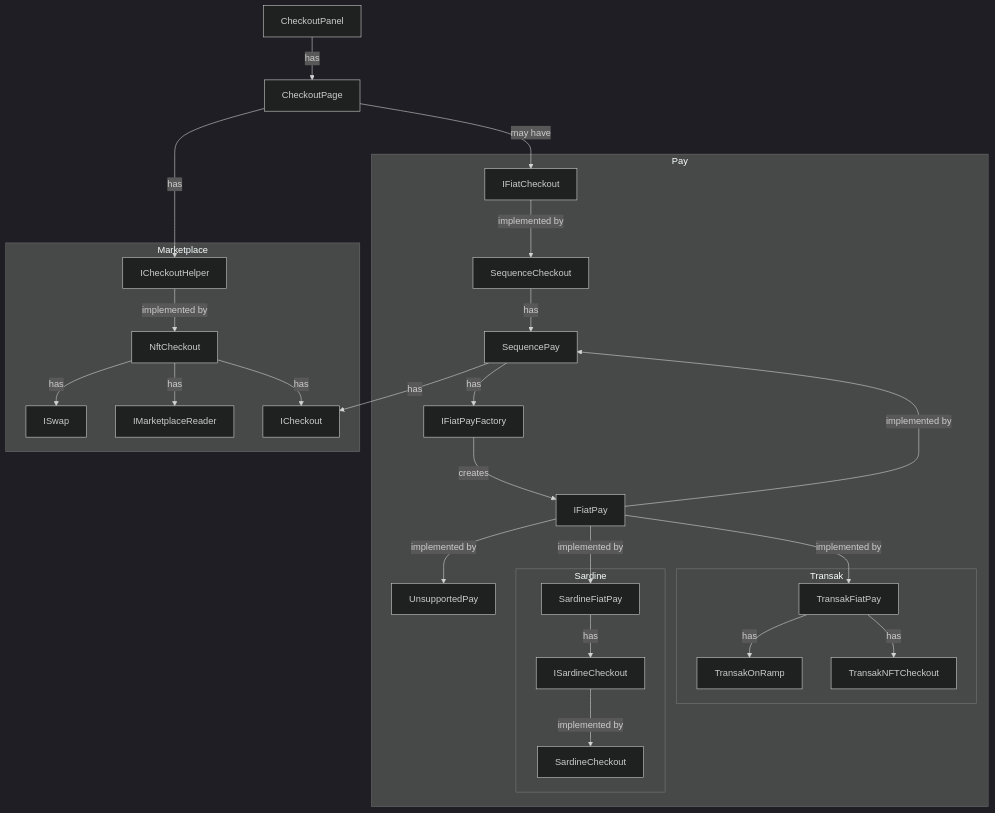
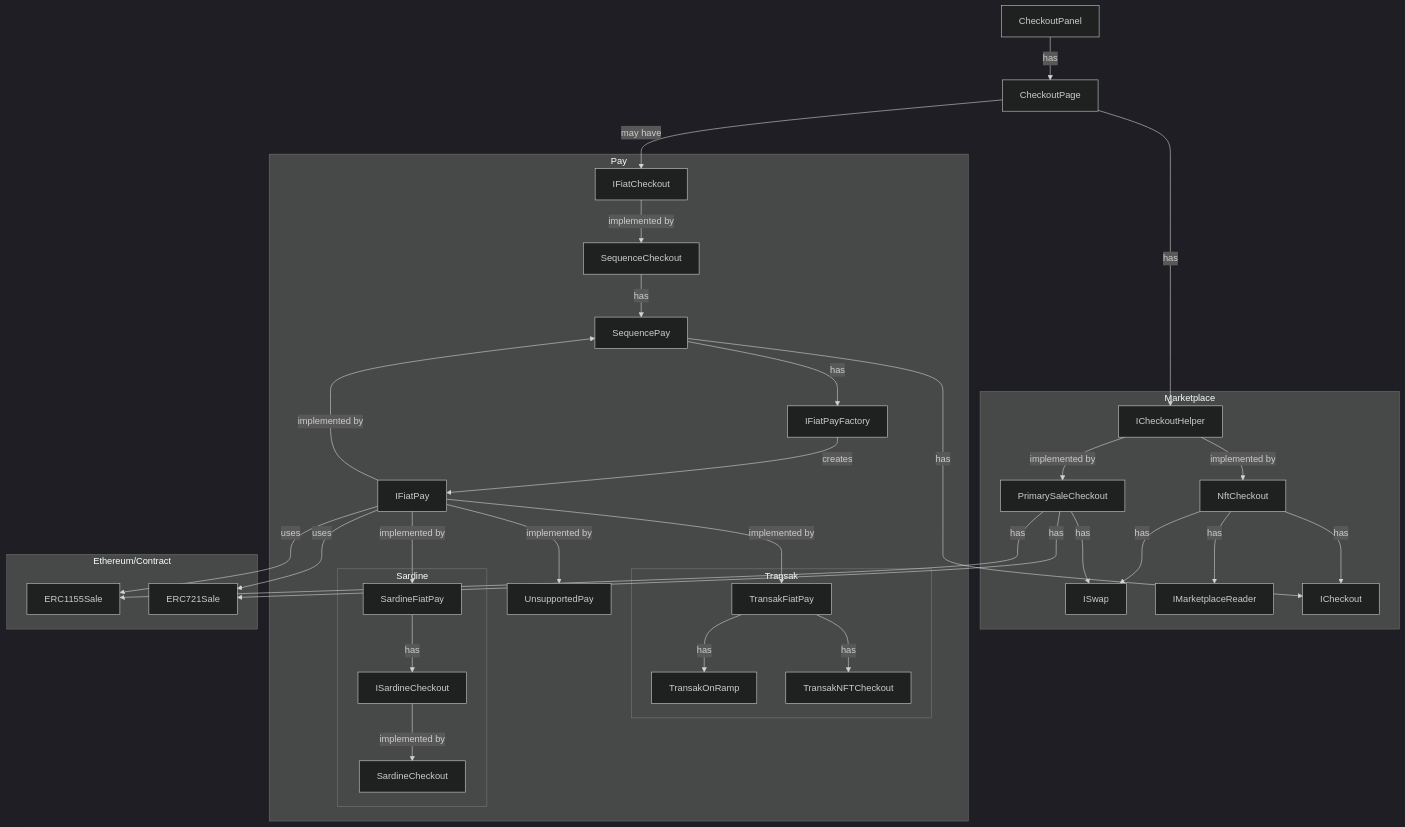
The diagram in Packages/Sequence-Unity/Sequence/SequenceSDK/Marketplace/ERG_CheckoutModal.mmd (0xsequence/sequence-unity), drawn with Mermaid (dark theme) before and after one commit.

Commit message:
Modify class diagram

```diff
--- a/Packages/Sequence-Unity/Sequence/SequenceSDK/Marketplace/ERG_CheckoutModal.mmd
+++ b/Packages/Sequence-Unity/Sequence/SequenceSDK/Marketplace/ERG_CheckoutModal.mmd
@@ -1,47 +1,60 @@
 graph TD
+    %% Define nodes and relationships
     panel[CheckoutPanel] --> |has| modal
     modal[CheckoutPage] --> |has| ch[ICheckoutHelper]
     modal --> |may have| fc[IFiatCheckout]
     ch --> |implemented by| nc[NftCheckout]
+    ch --> |implemented by| psc[PrimarySaleCheckout]
     nc --> |has| swap[ISwap]
     nc --> |has| reader[IMarketplaceReader]
     nc --> |has| checkout[ICheckout]
     fc --> |implemented by| seqc[SequenceCheckout]
     seqc --> |has| pay[SequencePay]
     fp[IFiatPay] --> |implemented by| pay
     pay --> |has| checkout
     pay --> |has| fpf[IFiatPayFactory]
     fpf --> |creates|fp 
     fp --> |implemented by| up[UnsupportedPay]
     fp --> |implemented by| sfp[SardineFiatPay]
     sfp --> |has| isc[ISardineCheckout]
     isc --> |implemented by| sc[SardineCheckout]
     fp --> |implemented by| tfp[TransakFiatPay]
     tfp --> |has| tor[TransakOnRamp]
     tfp --> |has| tnc[TransakNFTCheckout]
+    psc --> |has| pssft[ERC1155Sale]
+    psc --> |has| psnft[ERC721Sale]
+    fp --> |uses| pssft
+    fp --> |uses| psnft
+    psc --> |has| swap
     
+    %% Subgraphs to group components
     subgraph Marketplace
         ch
         nc
         swap
         reader
         checkout
+        psc
     end
     subgraph Pay
         fc
         seqc
         pay
         fp
         fpf
         up
         subgraph Transak
             tfp
             tor
             tnc
         end
         subgraph Sardine
             sfp
             isc
             sc
         end
     end
+    subgraph Ethereum/Contract
+        pssft
+        psnft
+    end
```
